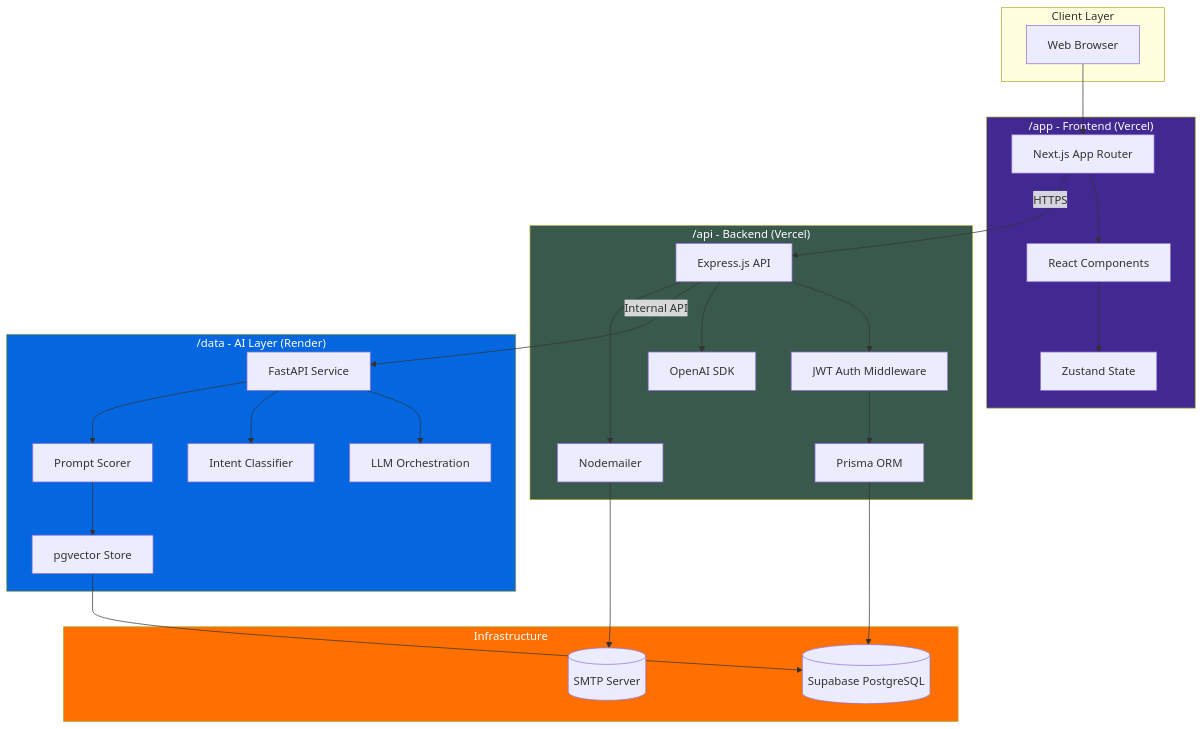
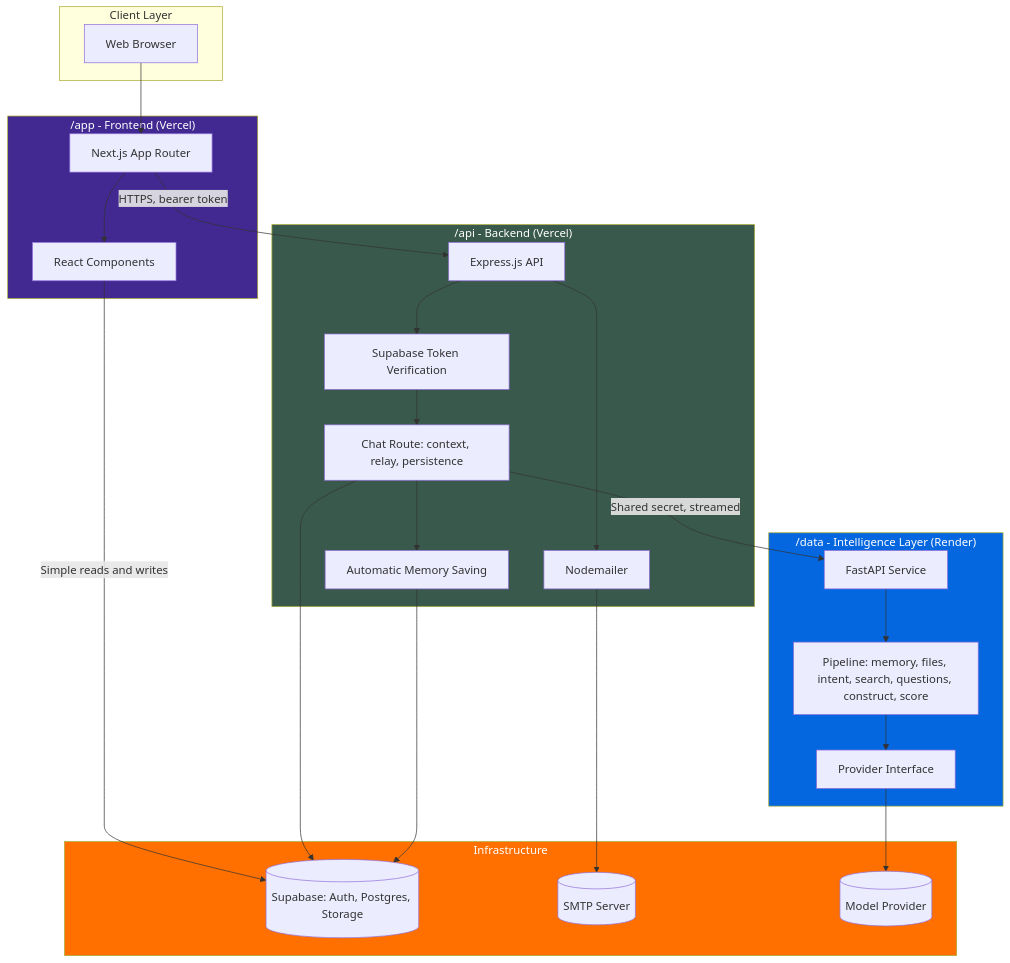
Before and after one commit to oyedokunken/Prompt-AI: the first of 5 diagrams in README.md, drawn with Mermaid. The commit also changed other lines of this file and 39 other files, not shown here.

````diff
--- a/README.md
+++ b/README.md
@@ -64,55 +68,52 @@
 ```mermaid
 graph TB
     subgraph Client["Client Layer"]
         Browser["Web Browser"]
     end
 
     subgraph App["/app - Frontend (Vercel)"]
         NextJS["Next.js App Router"]
-        Zustand["Zustand State"]
         UI["React Components"]
     end
 
     subgraph API["/api - Backend (Vercel)"]
         Express["Express.js API"]
-        Auth["JWT Auth Middleware"]
-        Prisma["Prisma ORM"]
+        Verify["Supabase Token Verification"]
+        ChatRoute["Chat Route: context, relay, persistence"]
+        MemSave["Automatic Memory Saving"]
         Nodemailer["Nodemailer"]
-        OpenAI["OpenAI SDK"]
     end
 
-    subgraph Data["/data - AI Layer (Render)"]
+    subgraph Data["/data - Intelligence Layer (Render)"]
         FastAPI["FastAPI Service"]
-        LLM["LLM Orchestration"]
-        Classifier["Intent Classifier"]
-        Scorer["Prompt Scorer"]
-        Vector["pgvector Store"]
+        Pipeline["Pipeline: memory, files, intent, search, questions, construct, score"]
+        Provider["Provider Interface"]
     end
 
     subgraph Infra["Infrastructure"]
-        Supabase[(Supabase PostgreSQL)]
+        Supabase[(Supabase: Auth, Postgres, Storage)]
         SMTP[(SMTP Server)]
+        LLM[(Model Provider)]
     end
 
     Browser --> NextJS
     NextJS --> UI
-    UI --> Zustand
-    NextJS -->|HTTPS| Express
-    Express --> Auth
-    Auth --> Prisma
-    Prisma --> Supabase
-    Express --> OpenAI
-    Express -->|Internal API| FastAPI
-    FastAPI --> LLM
-    FastAPI --> Classifier
-    FastAPI --> Scorer
-    Scorer --> Vector
-    Vector --> Supabase
+    UI -->|Simple reads and writes| Supabase
+    NextJS -->|HTTPS, bearer token| Express
+    Express --> Verify
+    Verify --> ChatRoute
+    ChatRoute --> Supabase
+    ChatRoute --> MemSave
+    MemSave --> Supabase
+    ChatRoute -->|Shared secret, streamed| FastAPI
+    FastAPI --> Pipeline
+    Pipeline --> Provider
+    Provider --> LLM
     Express --> Nodemailer
     Nodemailer --> SMTP
 
     style App fill:#412991,color:#fff
     style API fill:#39594D,color:#fff
     style Data fill:#0467DF,color:#fff
     style Infra fill:#FF7000,color:#fff
 ```
````
